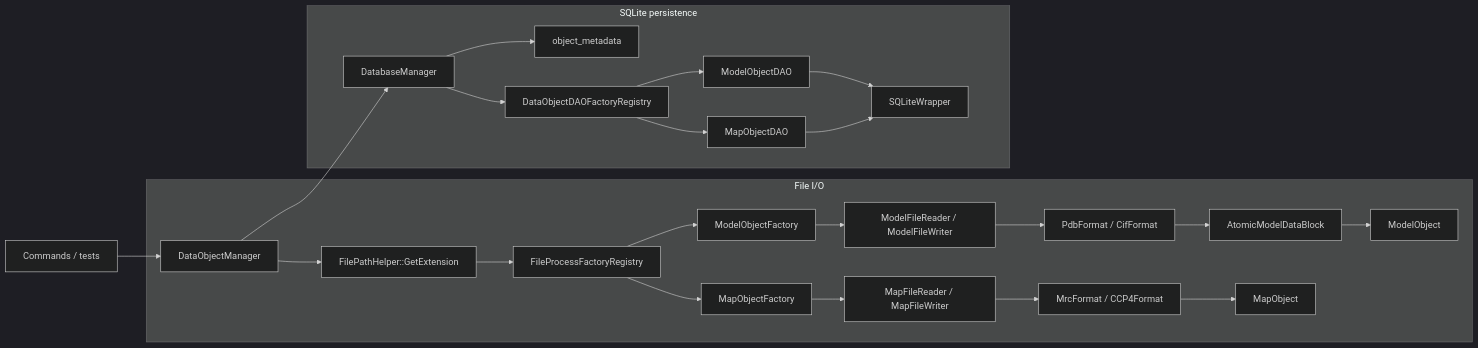
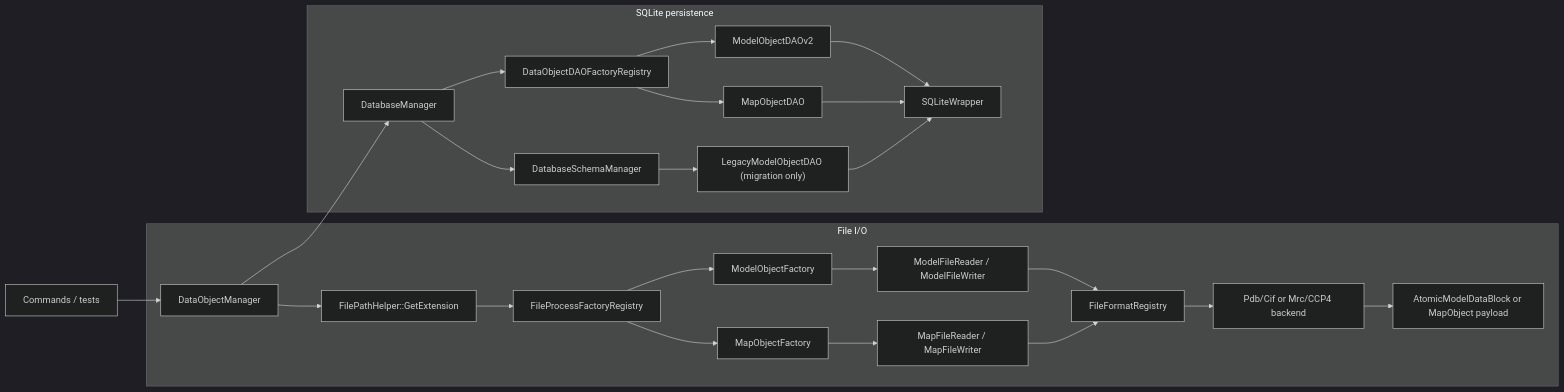
The diagram in docs/developer/architecture/dataobject-io-architecture.md (yslianTim/rhbm_gem), drawn with Mermaid (dark theme) before and after one commit. The commit also changed other lines of this file and 25 other files, not shown here.

````diff
--- a/docs/developer/architecture/dataobject-io-architecture.md
+++ b/docs/developer/architecture/dataobject-io-architecture.md
@@ -69,28 +76,29 @@
 ```mermaid
 flowchart LR
     A["Commands / tests"] --> B["DataObjectManager"]
 
     subgraph F["File I/O"]
         B --> C["FilePathHelper::GetExtension"]
         C --> D["FileProcessFactoryRegistry"]
         D --> E["ModelObjectFactory"]
         D --> F2["MapObjectFactory"]
         E --> G["ModelFileReader / ModelFileWriter"]
-        G --> H["PdbFormat / CifFormat"]
-        H --> I["AtomicModelDataBlock"]
-        I --> J["ModelObject"]
-        F2 --> K["MapFileReader / MapFileWriter"]
-        K --> L["MrcFormat / CCP4Format"]
-        L --> M["MapObject"]
+        F2 --> H["MapFileReader / MapFileWriter"]
+        G --> I["FileFormatRegistry"]
+        H --> I
+        I --> J["Pdb/Cif or Mrc/CCP4 backend"]
+        J --> K["AtomicModelDataBlock or MapObject payload"]
     end
 
     subgraph P["SQLite persistence"]
-        B --> N["DatabaseManager"]
-        N --> O["object_metadata"]
-        N --> P2["DataObjectDAOFactoryRegistry"]
-        P2 --> Q["ModelObjectDAO"]
-        P2 --> R["MapObjectDAO"]
-        Q --> S["SQLiteWrapper"]
-        R --> S
+        B --> L["DatabaseManager"]
+        L --> M["DatabaseSchemaManager"]
+        L --> N["DataObjectDAOFactoryRegistry"]
+        N --> O["ModelObjectDAOv2"]
+        N --> P2["MapObjectDAO"]
+        M --> Q["LegacyModelObjectDAO (migration only)"]
+        O --> R["SQLiteWrapper"]
+        P2 --> R
+        Q --> R
     end
 ```
````
